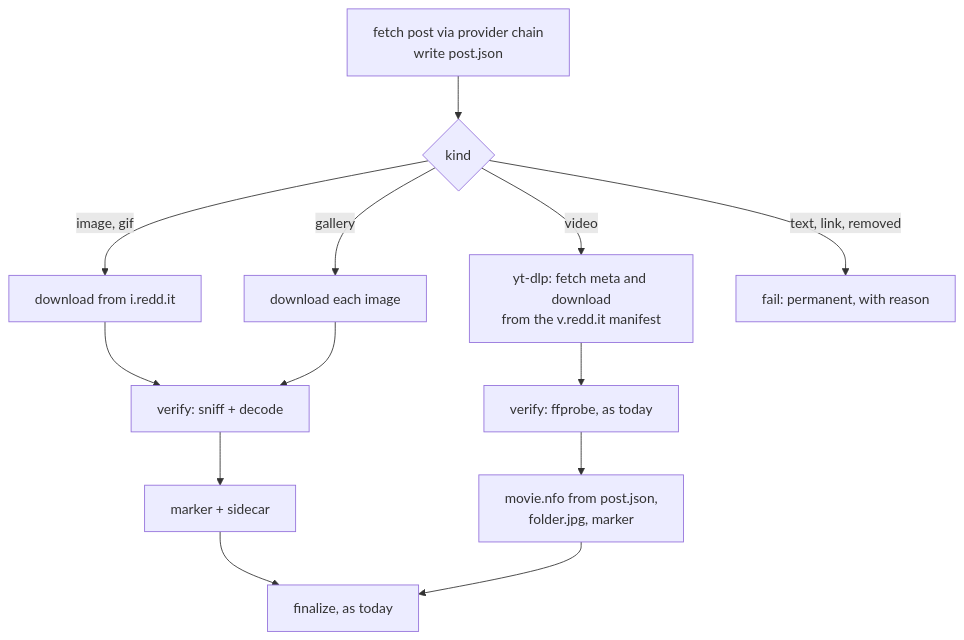
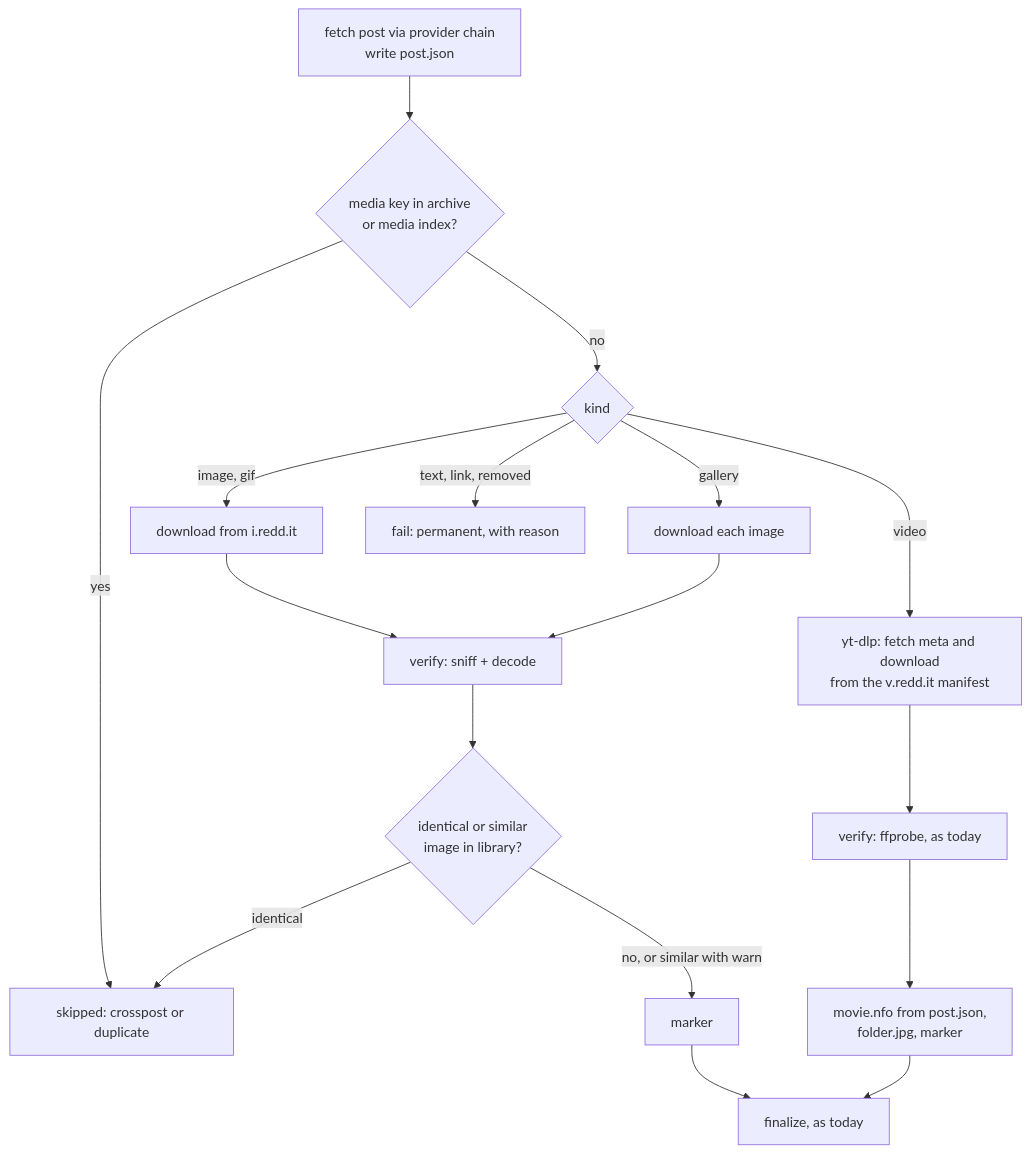
Before and after one commit to LNA-DEV/ytdlp-nfo-server: the diagram in docs/reddit-concept.md, drawn with Mermaid. The commit also changed other lines of this file, not shown here.

````diff
--- a/docs/reddit-concept.md
+++ b/docs/reddit-concept.md
@@ -194,15 +196,19 @@
 ```mermaid
 flowchart TD
-  M[fetch post via provider chain<br/>write post.json] --> K{kind}
+  M[fetch post via provider chain<br/>write post.json] --> D{media key in archive<br/>or media index?}
+  D -->|yes| S[skipped: crosspost or duplicate]
+  D -->|no| K{kind}
   K -->|image, gif| I[download from i.redd.it]
   K -->|gallery| G[download each image]
   K -->|video| V[yt-dlp: fetch meta and download<br/>from the v.redd.it manifest]
   K -->|text, link, removed| F[fail: permanent, with reason]
   I --> VI[verify: sniff + decode]
   G --> VI
+  VI --> H{identical or similar<br/>image in library?}
+  H -->|identical| S
+  H -->|no, or similar with warn| X[marker]
   V --> VV[verify: ffprobe, as today]
-  VI --> X[marker + sidecar]
   VV --> N[movie.nfo from post.json,<br/>folder.jpg, marker]
   X --> FIN[finalize, as today]
   N --> FIN
 ```
````
